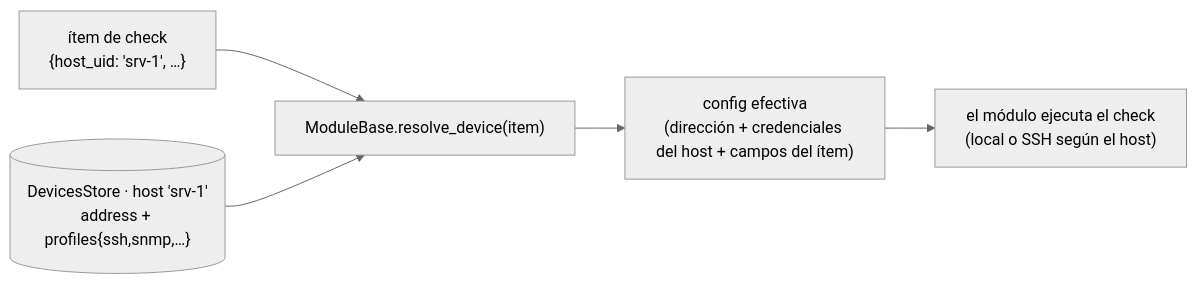
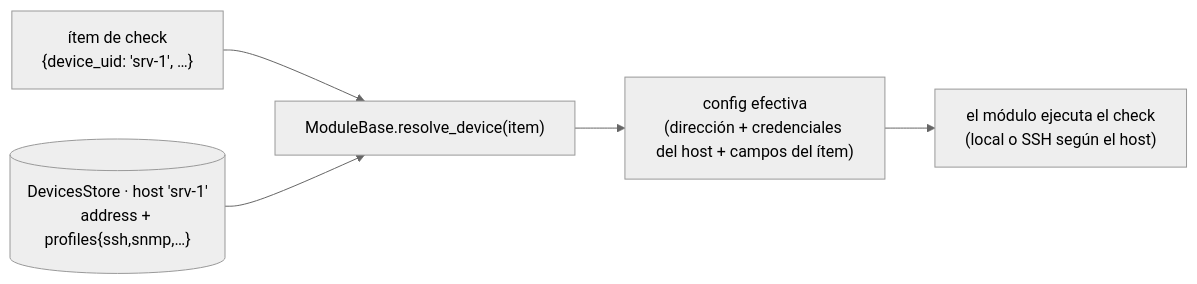
One commit to vsc55/ServiceSentry changed the first of 2 diagrams in docs/explica-hosts.md. Above: the diagram before and after it, drawn with Mermaid (neutral theme). The commit also changed other lines of this file and 58 other files, not shown here.

````diff
--- a/docs/explica-hosts.md
+++ b/docs/explica-hosts.md
@@ -86,7 +86,7 @@
 ```mermaid
 flowchart LR
-    item["ítem de check<br/>{host_uid: 'srv-1', …}"] --> res["ModuleBase.resolve_device(item)"]
+    item["ítem de check<br/>{device_uid: 'srv-1', …}"] --> res["ModuleBase.resolve_device(item)"]
     store[("DevicesStore · host 'srv-1'<br/>address + profiles{ssh,snmp,…}")] --> res
     res --> merged["config efectiva<br/>(dirección + credenciales del host + campos del ítem)"]
     merged --> exec["el módulo ejecuta el check<br/>(local o SSH según el host)"]
 ```
````
